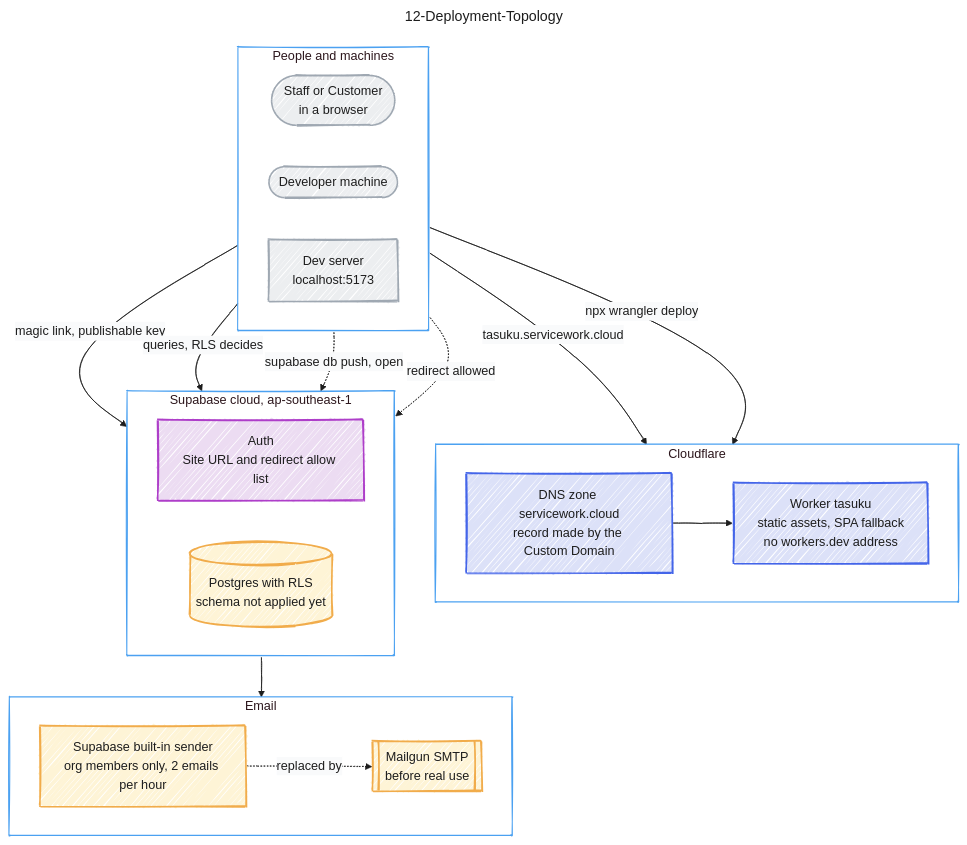
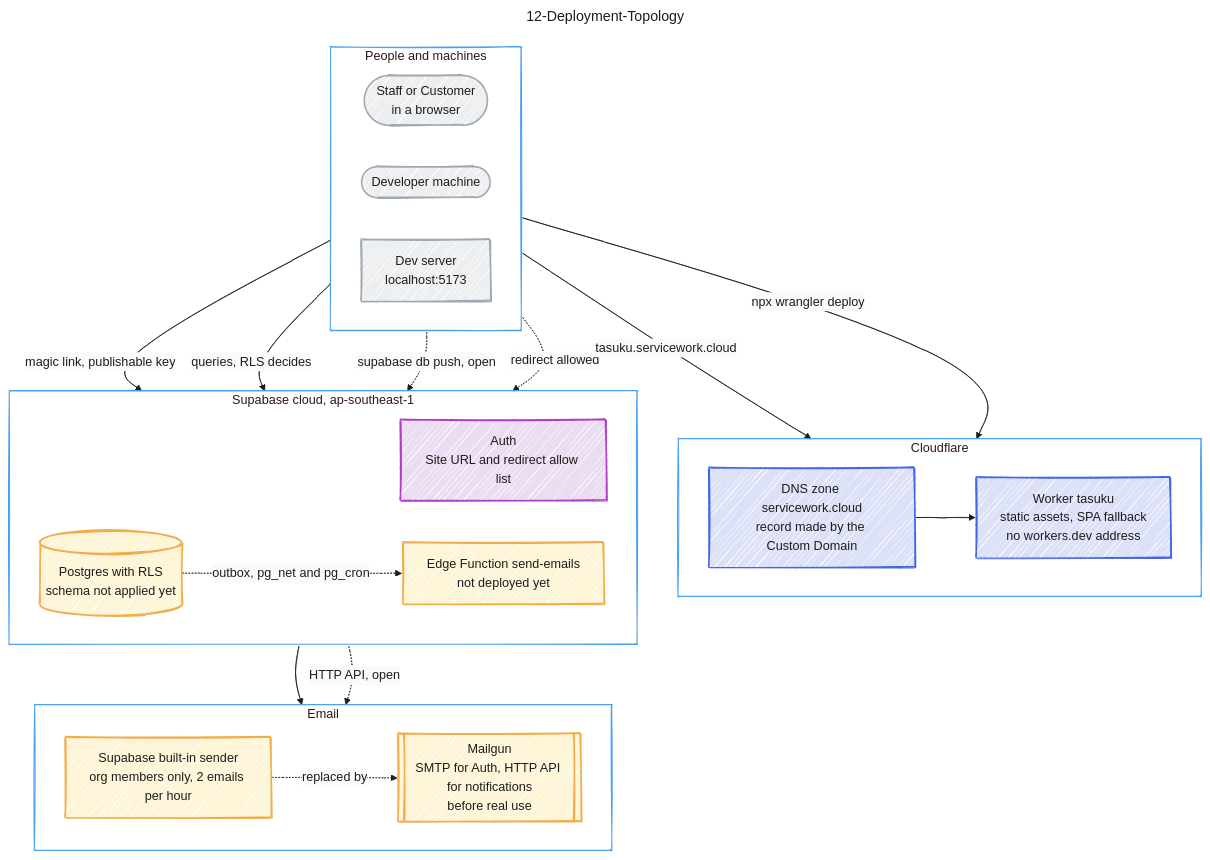
Before and after one commit to jedt3d/tasuku: the diagram in docs/diagram/12-Deployment-Topology.md, drawn with Mermaid. The commit also changed other lines of this file and 7 other files, not shown here.

Commit message:
docs: sync the diagrams with email notifications (#10)

```diff
--- a/docs/diagram/12-Deployment-Topology.md
+++ b/docs/diagram/12-Deployment-Topology.md
@@ -94,11 +94,12 @@
     direction LR
     auth["Auth<br/>Site URL and redirect allow list"]:::violet
     db[("Postgres with RLS<br/>schema not applied yet")]:::yellow
+    fn["Edge Function send-emails<br/>not deployed yet"]:::yellow
   end
   subgraph mail["Email"]
     direction LR
     builtin["Supabase built-in sender<br/>org members only, 2 emails per hour"]:::yellow
-    mailgun[["Mailgun SMTP<br/>before real use"]]:::yellow
+    mailgun[["Mailgun<br/>SMTP for Auth, HTTP API for notifications<br/>before real use"]]:::yellow
   end
   user -->|"tasuku.servicework.cloud"| dns
   dns --> worker
@@ -106,6 +107,8 @@
   user -->|"queries, RLS decides"| db
   auth --> builtin
   builtin -.->|"replaced by"| mailgun
+  db -.->|"outbox, pg_net and pg_cron"| fn
+  fn -.->|"HTTP API, open"| mailgun
   dev -->|"npx wrangler deploy"| worker
   dev -.->|"supabase db push, open"| db
   devserver -.->|"redirect allowed"| auth
```
